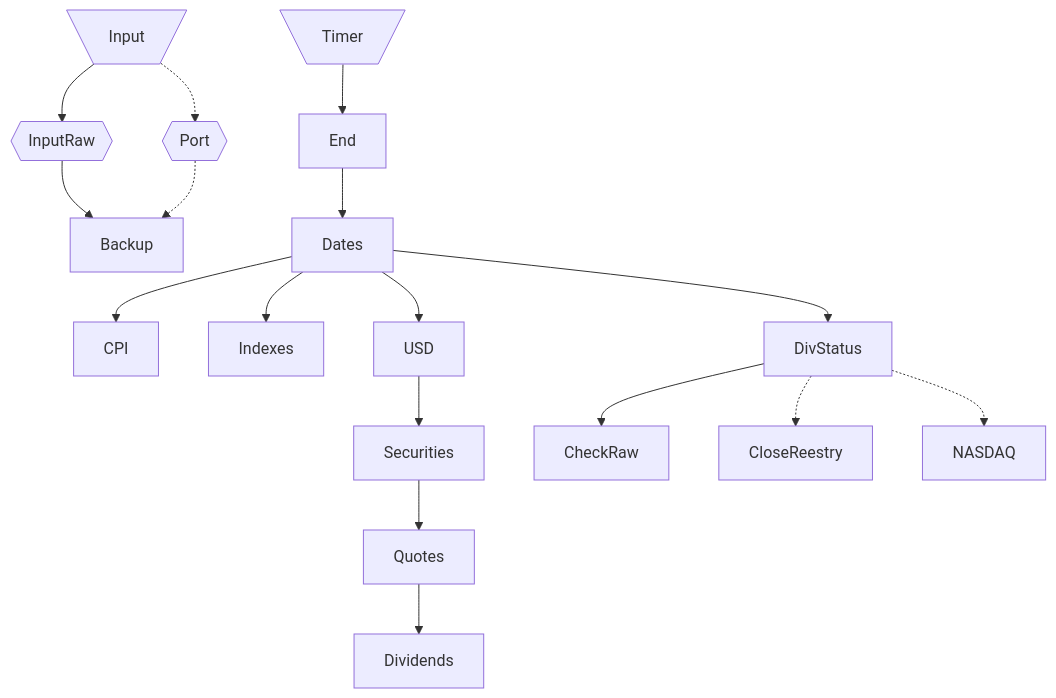
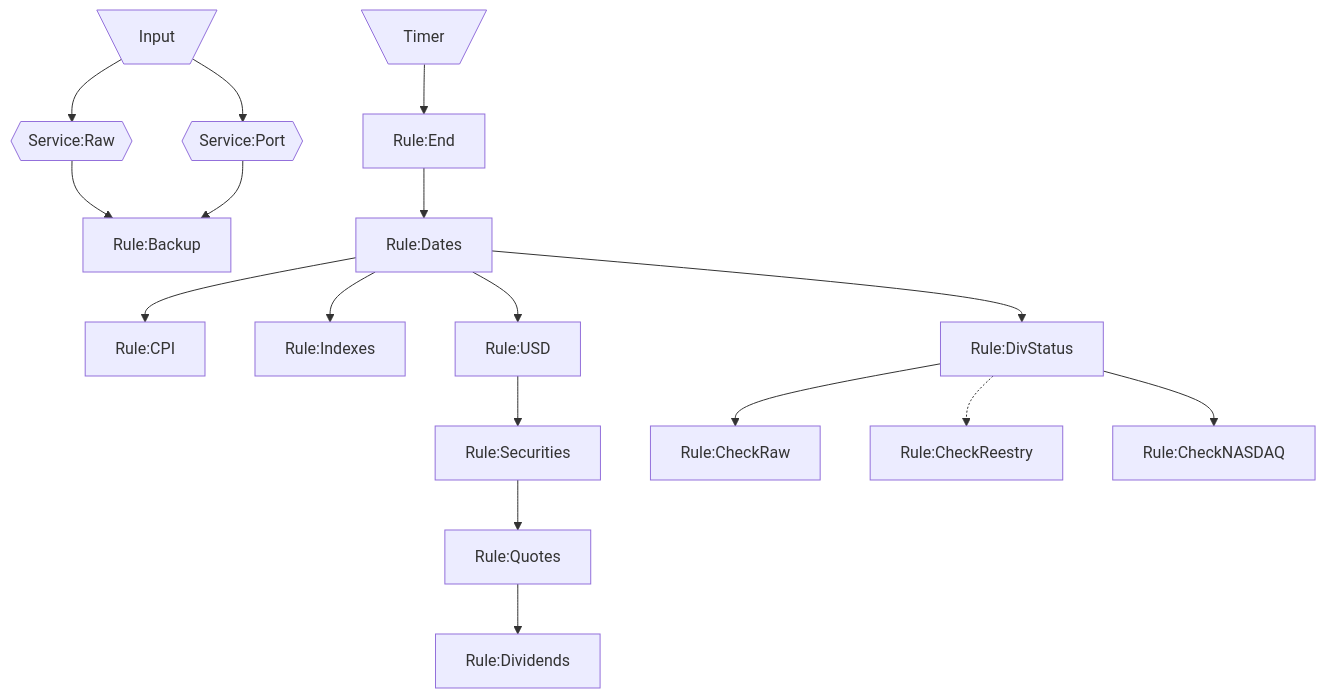
Before and after one commit to WLM1ke/poptimizer: the diagram in data/README.md, drawn with Mermaid. The commit also changed 14 other files, not shown here.

````diff
--- a/data/README.md
+++ b/data/README.md
@@ -24,23 +24,23 @@
 ```mermaid
 flowchart
-    Input[\Input/]-->InputRaw{{InputRaw}}
-    Input[\Input/]-.->Port{{Port}}
-    InputRaw-->Backup
-    Port-.->Backup
+    Input[\Input/]-->Service:Raw{{Service:Raw}}
+    Input[\Input/]-->Service:Port{{Service:Port}}
+    Service:Raw-->Rule:Backup
+    Service:Port-->Rule:Backup
     
-    Timer[\Timer/]-->End
-    End-->Dates
+    Timer[\Timer/]-->Rule:End
+    Rule:End-->Rule:Dates
     
-    Dates-->CPI
-    Dates-->Indexes
-    Dates-->USD
-	Dates-->DivStatus
+    Rule:Dates-->Rule:CPI
+    Rule:Dates-->Rule:Indexes
+    Rule:Dates-->Rule:USD
+	Rule:Dates-->Rule:DivStatus
 
-	USD-->Securities
-    Securities-->Quotes
-	Quotes-->Dividends
+	Rule:USD-->Rule:Securities
+    Rule:Securities-->Rule:Quotes
+	Rule:Quotes-->Rule:Dividends
     
-    DivStatus-->CheckRaw
-    DivStatus-.->CloseReestry
-    DivStatus-.->NASDAQ
+    Rule:DivStatus-->Rule:CheckRaw
+    Rule:DivStatus-.->Rule:CheckReestry
+    Rule:DivStatus-->Rule:CheckNASDAQ
 ```
````
